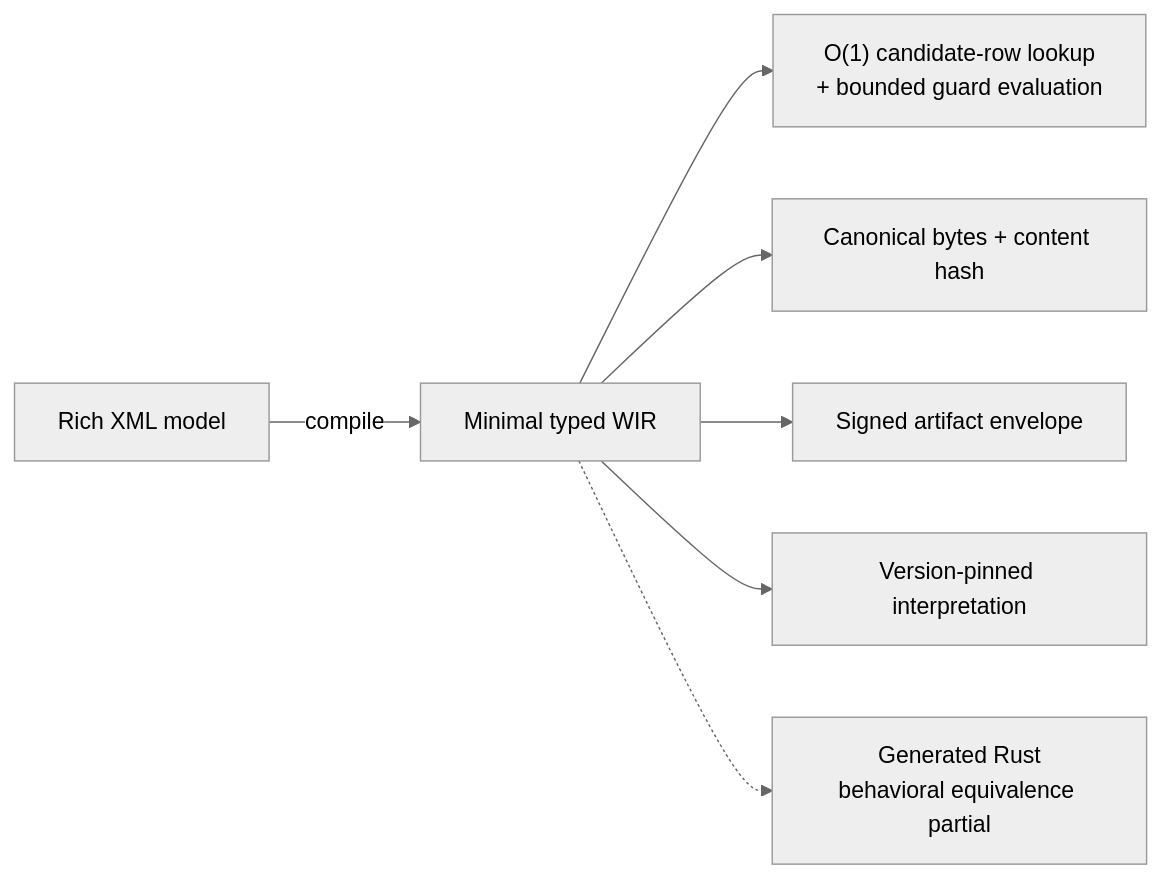
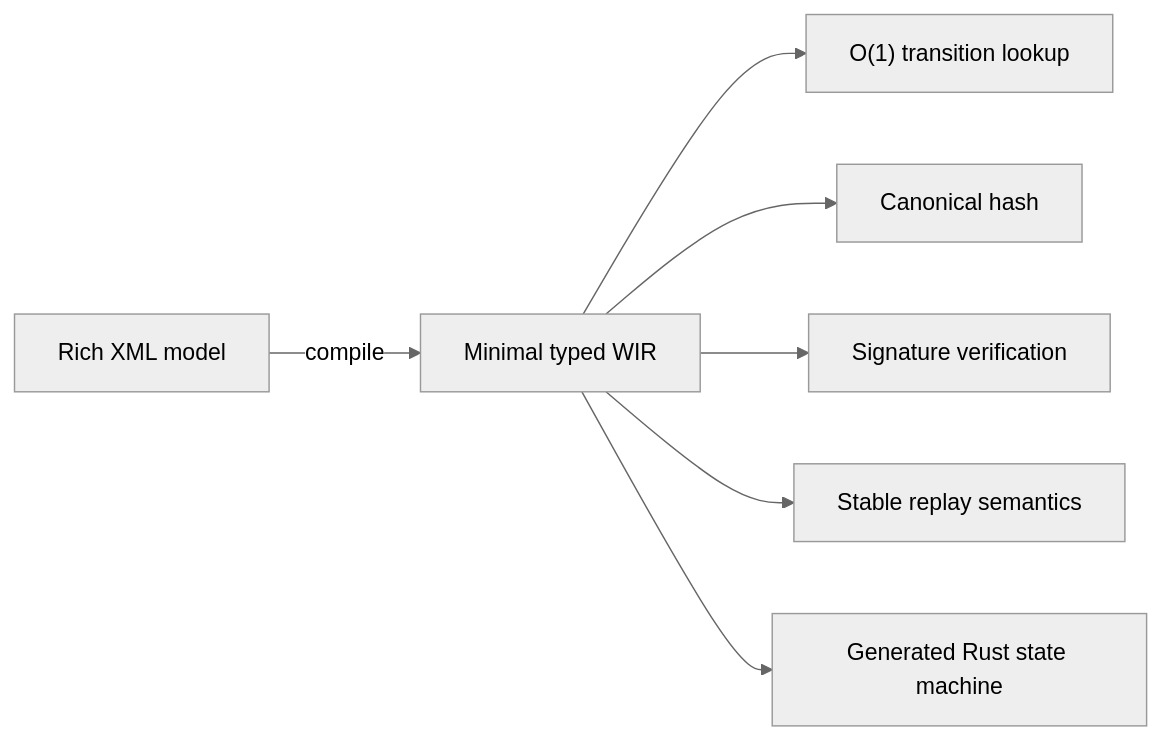
Before and after one commit to dangthobach/dangthobach.github.io: the third of 12 diagrams in quartz/content/BPMP-Platform/BPMP-Architecture-Technology-Deep-Dive.md, drawn with Mermaid (neutral theme). The commit also changed other lines of this file and 1 other file, not shown here.

````diff
--- a/quartz/content/BPMP-Platform/BPMP-Architecture-Technology-Deep-Dive.md
+++ b/quartz/content/BPMP-Platform/BPMP-Architecture-Technology-Deep-Dive.md
@@ -141,9 +125,9 @@
 ```mermaid
 flowchart LR
     XML["Rich XML model"] -->|"compile"| WIR["Minimal typed WIR"]
-    WIR --> TABLE["O(1) candidate-row lookup\n+ bounded guard evaluation"]
-    WIR --> HASH["Canonical bytes + content hash"]
-    WIR --> SIGN["Signed artifact envelope"]
-    WIR --> VERSION["Version-pinned interpretation"]
-    WIR -.-> CODEGEN["Generated Rust\nbehavioral equivalence partial"]
+    WIR --> TABLE["O(1) transition lookup"]
+    WIR --> HASH["Canonical hash"]
+    WIR --> SIGN["Signature verification"]
+    WIR --> REPLAY["Stable replay semantics"]
+    WIR --> CODEGEN["Generated Rust state machine"]
 ```
````
